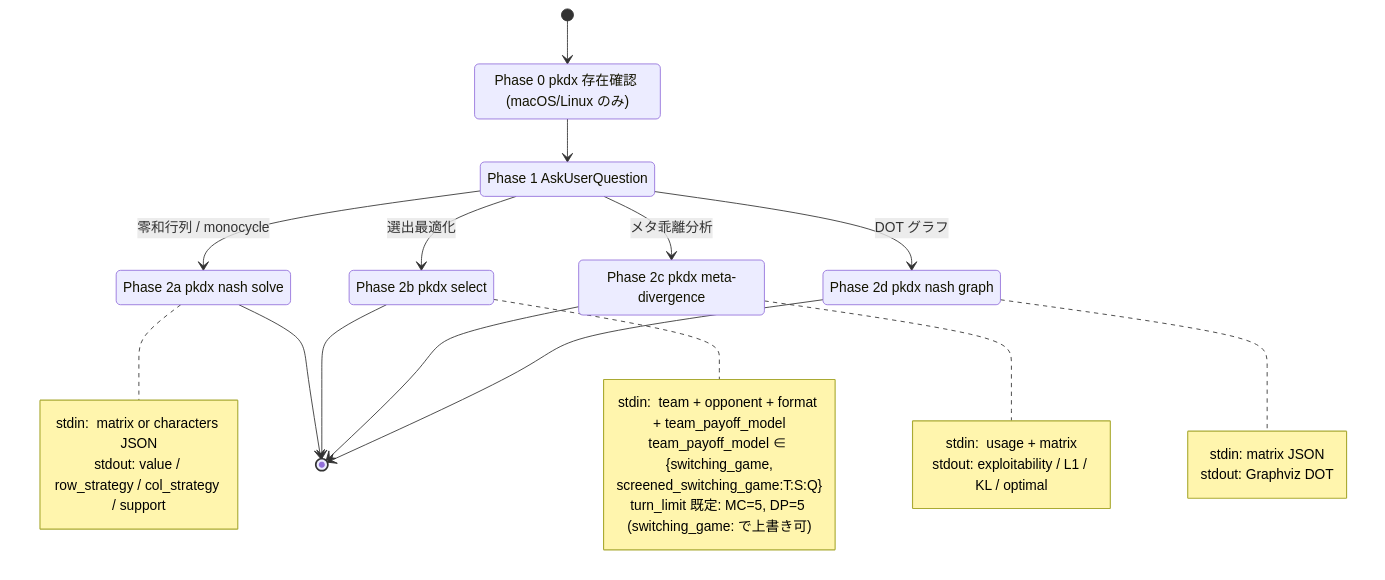
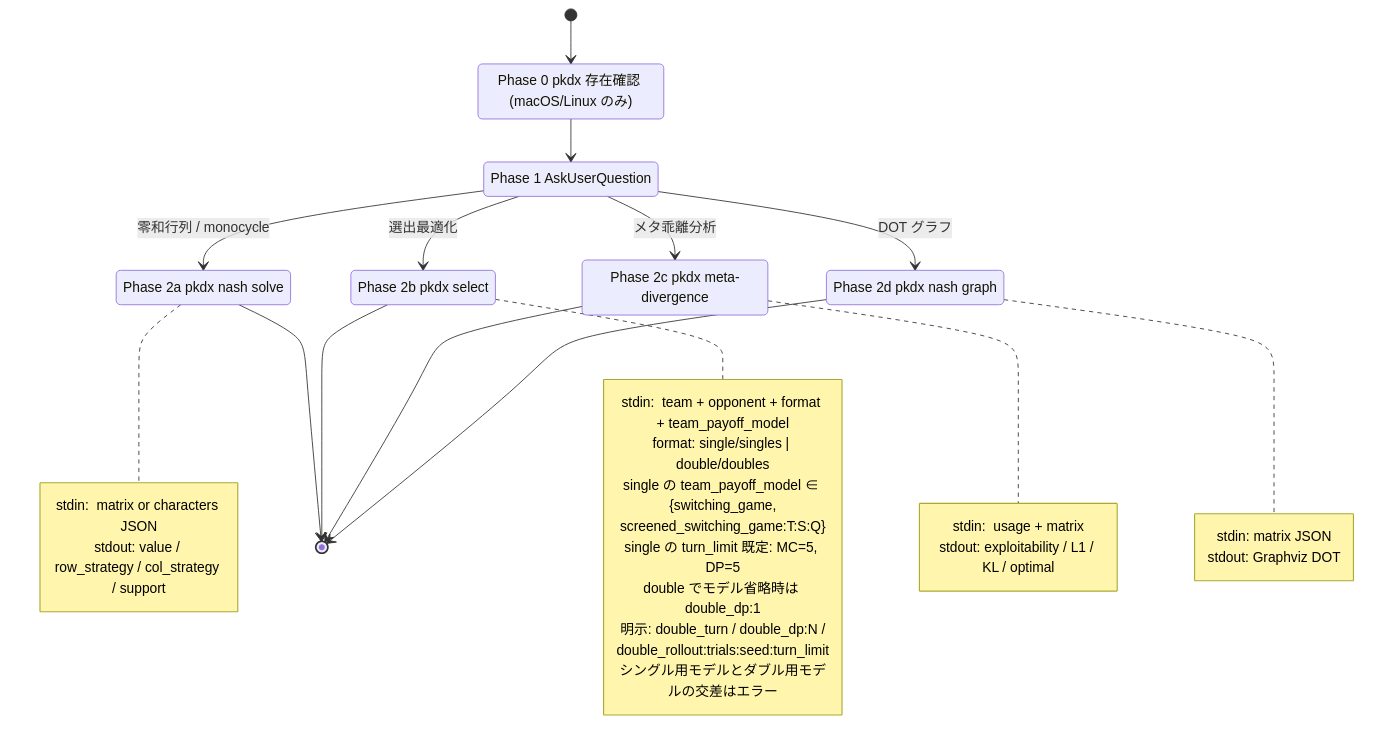
The fourth of 9 diagrams in .claude/architecture.md (pkdxtools/pkdx), drawn with Mermaid before and after one commit. The commit also changed 12 other files, not shown here.

First line of the commit message:
feat(select): format=double の既定を double_dp:1 にする (#257)

````diff
--- a/.claude/architecture.md
+++ b/.claude/architecture.md
@@ -178,42 +178,47 @@
 ```mermaid
 stateDiagram-v2
   [*] --> N0
   N0: Phase 0 pkdx 存在確認 (macOS/Linux のみ)
   N0 --> N1
 
   N1: Phase 1 AskUserQuestion
   N1 --> NS: 零和行列 / monocycle
   N1 --> SEL: 選出最適化
   N1 --> MD: メタ乖離分析
   N1 --> GR: DOT グラフ
 
   NS: Phase 2a pkdx nash solve
   note right of NS
     stdin:  matrix or characters JSON
     stdout: value / row_strategy / col_strategy / support
   end note
   NS --> [*]
 
   SEL: Phase 2b pkdx select
   note right of SEL
     stdin:  team + opponent + format + team_payoff_model
-    team_payoff_model ∈ {switching_game,
+    format: single/singles | double/doubles
+    single の team_payoff_model ∈ {switching_game,
       screened_switching_game:T:S:Q}
-    turn_limit 既定: MC=5, DP=5 (switching_game:<N> で上書き可)
+    single の turn_limit 既定: MC=5, DP=5
+    double でモデル省略時は double_dp:1
+    明示: double_turn / double_dp:N /
+      double_rollout:trials:seed:turn_limit
+    シングル用モデルとダブル用モデルの交差はエラー
   end note
   SEL --> [*]
 
   MD: Phase 2c pkdx meta-divergence
   note right of MD
     stdin:  usage + matrix
     stdout: exploitability / L1 / KL / optimal
   end note
   MD --> [*]
 
   GR: Phase 2d pkdx nash graph
   note right of GR
     stdin:  matrix JSON
     stdout: Graphviz DOT
   end note
   GR --> [*]
 ```
````
